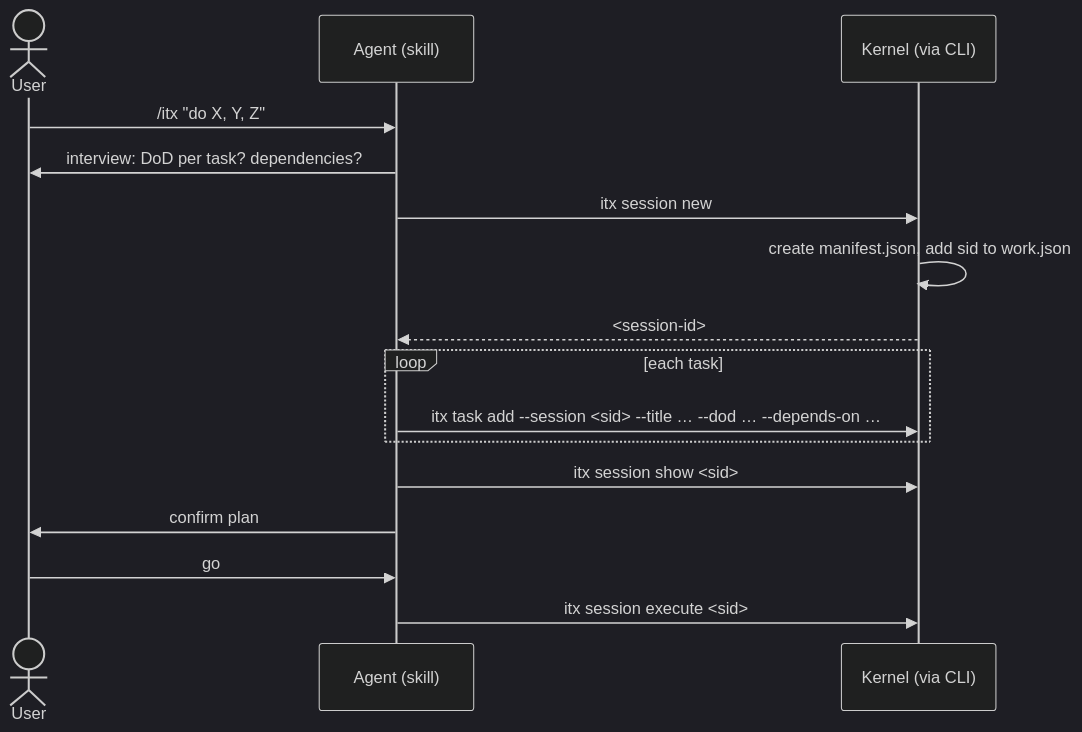
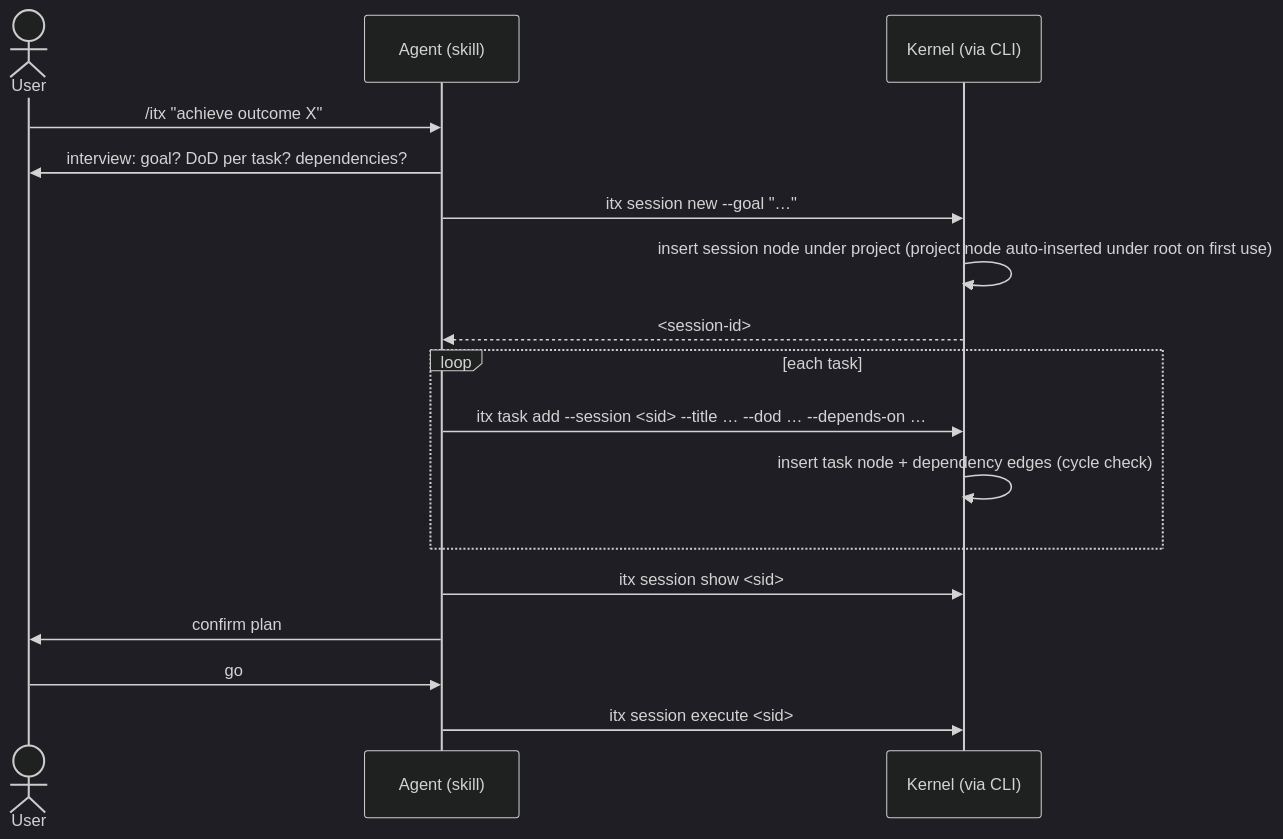
The fifth of 7 diagrams in design/arch.md (ric03uec/itx), drawn with Mermaid (dark theme) before and after one commit. The commit also changed other lines of this file and 4 other files, not shown here.

````diff
--- a/design/arch.md
+++ b/design/arch.md
@@ -102,19 +158,20 @@
 ```mermaid
 sequenceDiagram
     actor User
     participant Agent as Agent (skill)
     participant K as Kernel (via CLI)
 
-    User->>Agent: /itx "do X, Y, Z"
-    Agent->>User: interview: DoD per task? dependencies?
-    Agent->>K: itx session new
-    K->>K: create manifest.json, add sid to work.json
+    User->>Agent: /itx "achieve outcome X"
+    Agent->>User: interview: goal? DoD per task? dependencies?
+    Agent->>K: itx session new --goal "…"
+    K->>K: insert session node under project (project node auto-inserted under root on first use)
     K-->>Agent: <session-id>
     loop each task
         Agent->>K: itx task add --session <sid> --title … --dod … --depends-on …
+        K->>K: insert task node + dependency edges (cycle check)
     end
     Agent->>K: itx session show <sid>
     Agent->>User: confirm plan
     User->>Agent: go
     Agent->>K: itx session execute <sid>
 ```
````
